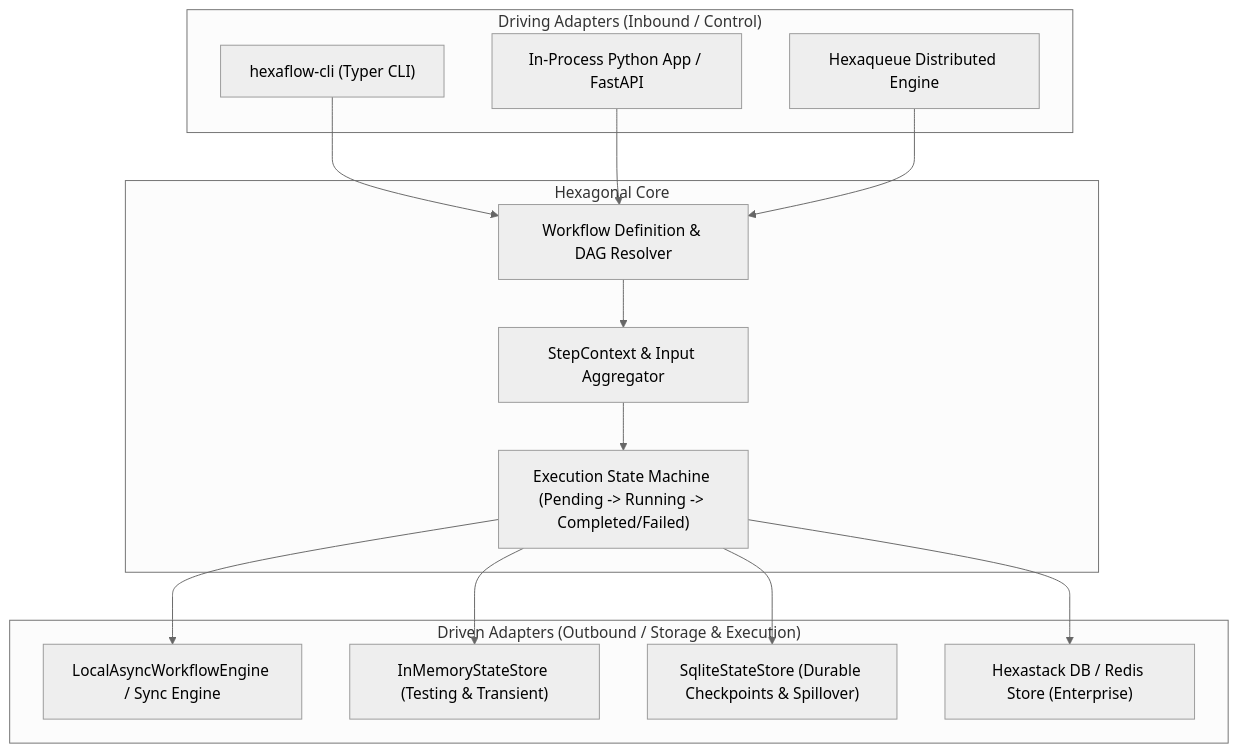
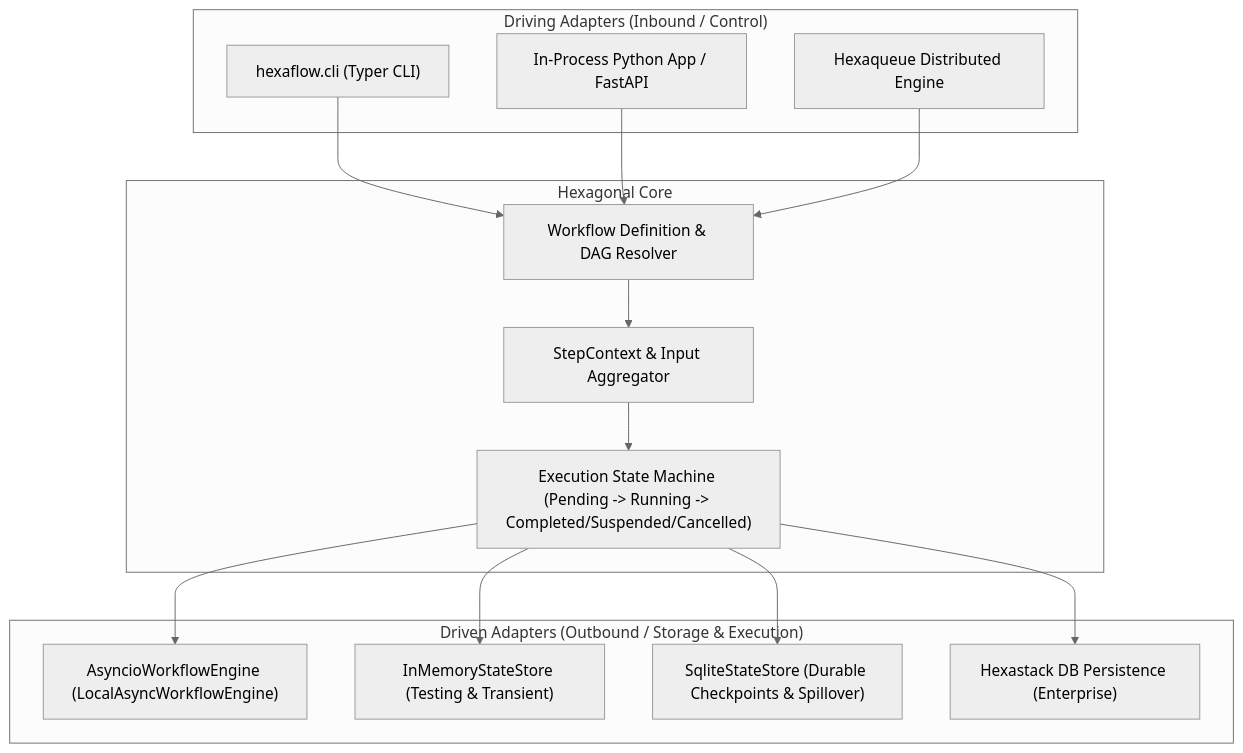
The diagram in docs/index.md (TheTrueSCU/hexaflow), drawn with Mermaid (neutral theme) before and after one commit. The commit also changed other lines of this file and 9 other files, not shown here.

````diff
--- a/docs/index.md
+++ b/docs/index.md
@@ -18,33 +18,33 @@
 ```mermaid
 graph TD
     subgraph DrivingAdapters ["Driving Adapters (Inbound / Control)"]
-        CLI["hexaflow-cli (Typer CLI)"]
+        CLI["hexaflow.cli (Typer CLI)"]
         API["In-Process Python App / FastAPI"]
         HQ["Hexaqueue Distributed Engine"]
     end
 
     subgraph Hexagon ["Hexagonal Core"]
         WF["Workflow Definition & DAG Resolver"]
         CTX["StepContext & Input Aggregator"]
-        SM["Execution State Machine (Pending -> Running -> Completed/Failed)"]
+        SM["Execution State Machine (Pending -> Running -> Completed/Suspended/Cancelled)"]
     end
 
     subgraph DrivenAdapters ["Driven Adapters (Outbound / Storage & Execution)"]
-        ENGINE["LocalAsyncWorkflowEngine / Sync Engine"]
+        ENGINE["AsyncioWorkflowEngine (LocalAsyncWorkflowEngine)"]
         MEM_STORE["InMemoryStateStore (Testing & Transient)"]
         SQL_STORE["SqliteStateStore (Durable Checkpoints & Spillover)"]
-        STACK_STORE["Hexastack DB / Redis Store (Enterprise)"]
+        STACK_STORE["Hexastack DB Persistence (Enterprise)"]
     end
 
     CLI --> WF
     API --> WF
     HQ --> WF
 
     WF --> CTX
     CTX --> SM
 
     SM --> ENGINE
     SM --> MEM_STORE
     SM --> SQL_STORE
     SM --> STACK_STORE
 ```
````
